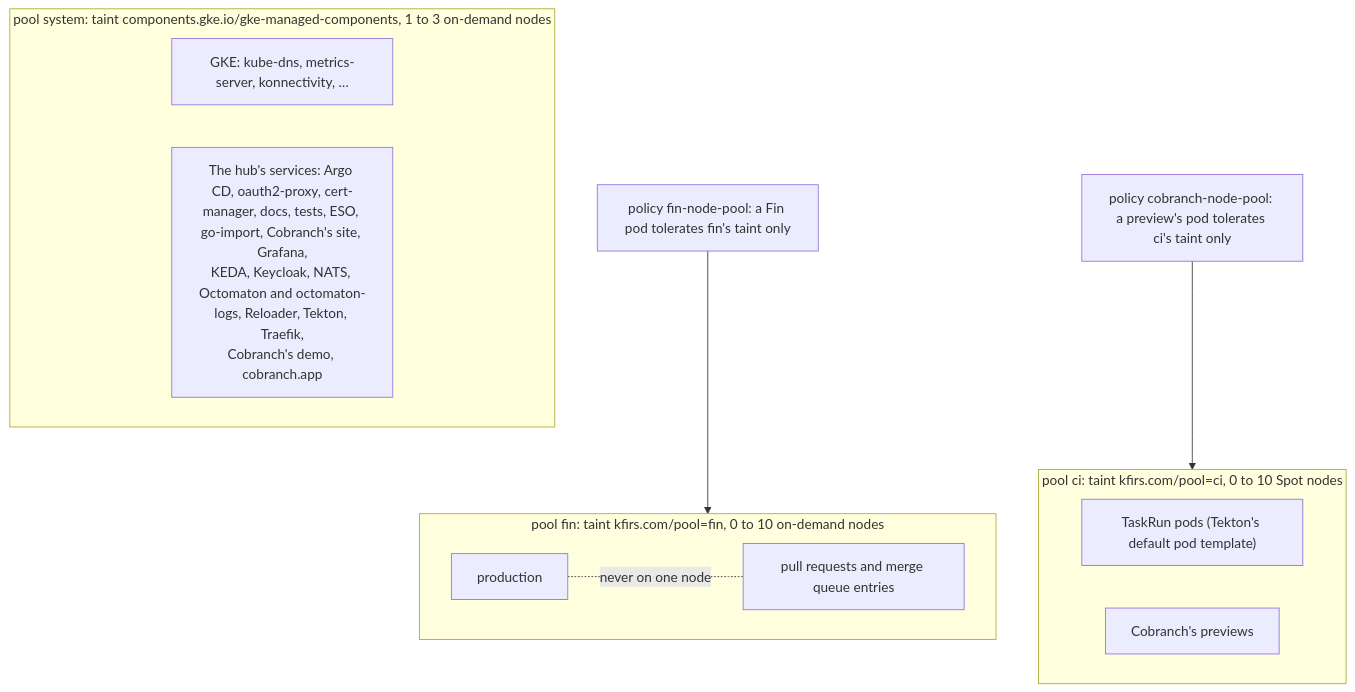
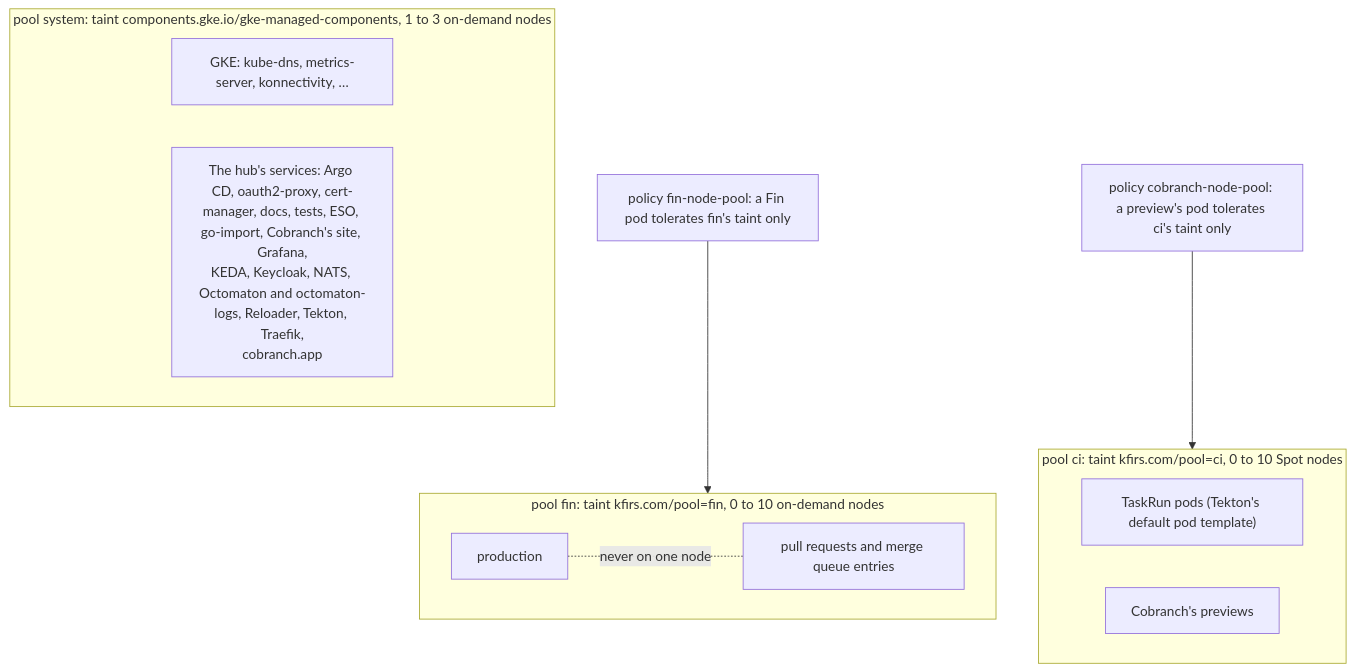
The diagram in docs/delivery/designs/node-pools.md (arikkfir-org/delivery), drawn with Mermaid before and after one commit. The commit also changed other lines of this file and 30 other files, not shown here.

First line of the commit message:
chore(cobranch): take the demo down, keeping the previews

````diff
--- a/docs/delivery/designs/node-pools.md
+++ b/docs/delivery/designs/node-pools.md
@@ -19,18 +19,18 @@
 ```mermaid
 flowchart TB
   subgraph system["pool system: taint components.gke.io/gke-managed-components, 1 to 3 on-demand nodes"]
     GKE["GKE: kube-dns, metrics-server, konnectivity, …"]
-    Hub["The hub's services: Argo CD, oauth2-proxy, cert-manager, docs, tests, ESO, go-import, Cobranch's site, Grafana,<br/>KEDA, Keycloak, NATS, Octomaton and octomaton-logs, Reloader, Tekton, Traefik,<br/>Cobranch's demo, cobranch.app"]
+    Hub["The hub's services: Argo CD, oauth2-proxy, cert-manager, docs, tests, ESO, go-import, Cobranch's site, Grafana,<br/>KEDA, Keycloak, NATS, Octomaton and octomaton-logs, Reloader, Tekton, Traefik,<br/>cobranch.app"]
   end
   subgraph ci["pool ci: taint kfirs.com/pool=ci, 0 to 10 Spot nodes"]
     Runs["TaskRun pods (Tekton's default pod template)"]
     Previews["Cobranch's previews"]
   end
   subgraph fin["pool fin: taint kfirs.com/pool=fin, 0 to 10 on-demand nodes"]
     Prod["production"]
     PRs["pull requests and merge queue entries"]
   end
   Prod -. "never on one node" .- PRs
   Policy["policy fin-node-pool: a Fin pod tolerates fin's taint only"] --> fin
   PolicyDH["policy cobranch-node-pool: a preview's pod tolerates ci's taint only"] --> ci
 ```
````
